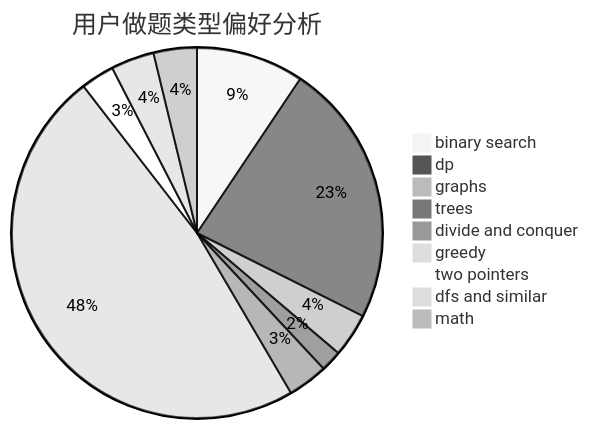
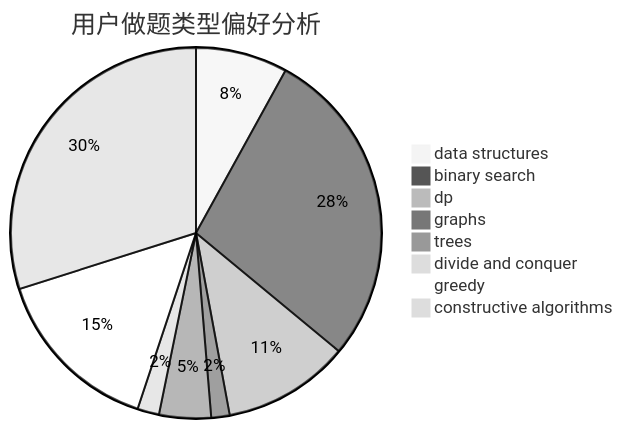
The second of 3 diagrams in docs/user/u2641.md (sherpahu/cfrs.github.io), drawn with Mermaid (neutral theme) before and after one commit. The commit also changed other lines of this file and 2775 other files, not shown here.

````diff
--- a/docs/user/u2641.md
+++ b/docs/user/u2641.md
@@ -23,12 +23,11 @@
 ```mermaid
 pie title 用户做题类型偏好分析
-    "binary search" :  199
-    "dp" :  487
-    "graphs" :  81
-    "trees" :  39
-    "divide and conquer" :  74
-    "greedy" :  1016
-    "two pointers" :  62
-    "dfs and similar" :  80
-    "math" :  80
+    "data structures" :  55
+    "binary search" :  192
+    "dp" :  76
+    "graphs" :  11
+    "trees" :  31
+    "divide and conquer" :  13
+    "greedy" :  103
+    "constructive algorithms" :  205
 ```
````
